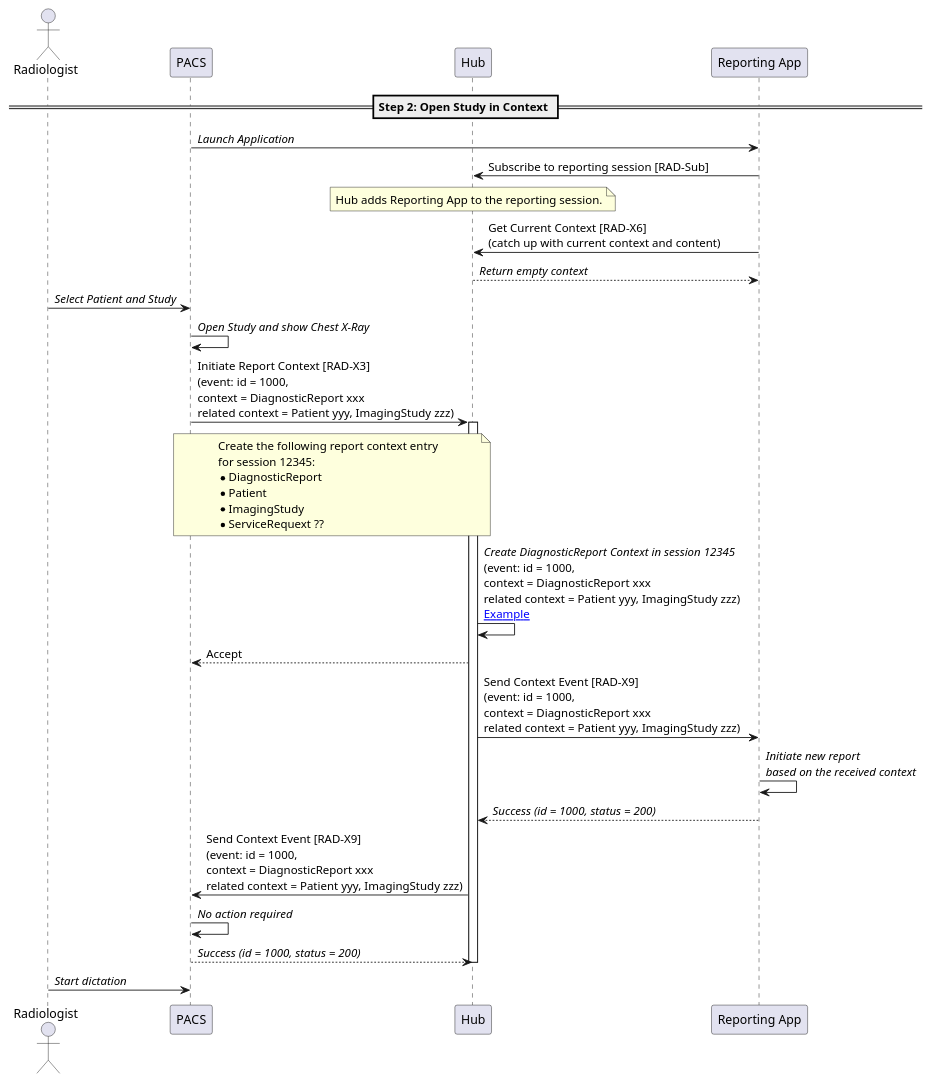
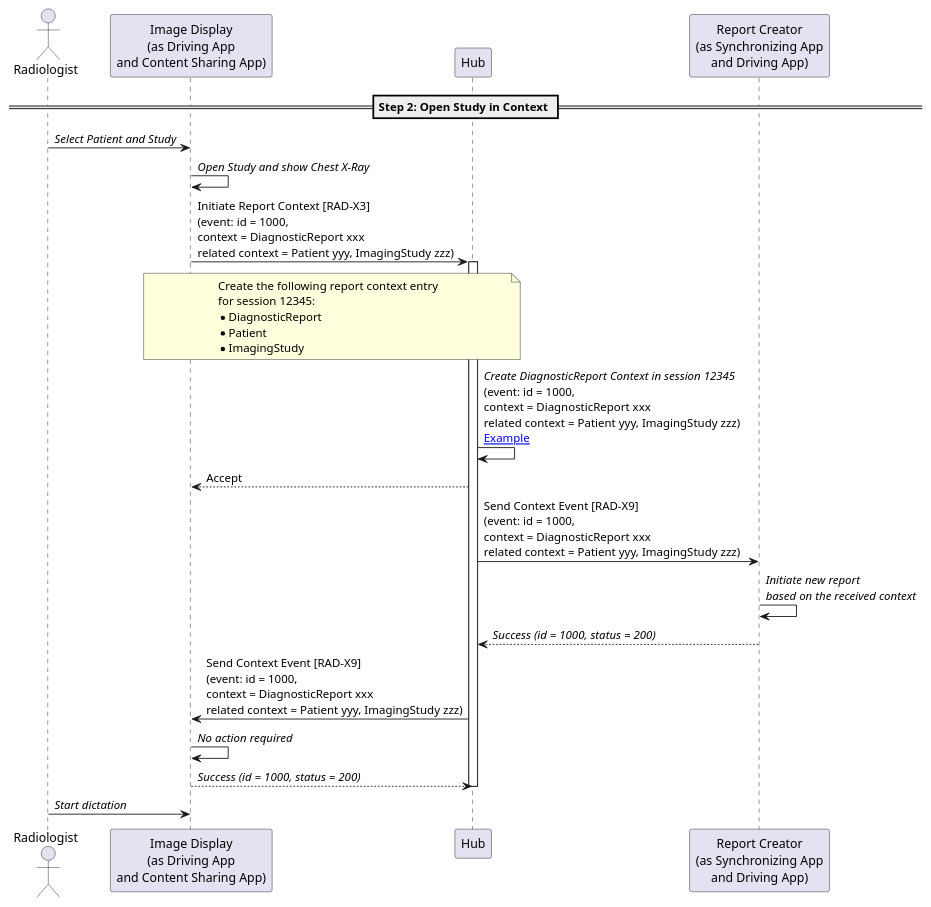
The diagram in input/images-source/step2-open-study-in-context.plantuml (IHE/RAD.IRA), drawn with PlantUML before and after one commit. The commit also changed 9 other files, not shown here.

Commit message:
Updated actor to be Image Display and Report Creator. Also indicates what type of application they are grouped to.

```diff
--- a/input/images-source/step2-open-study-in-context.plantuml
+++ b/input/images-source/step2-open-study-in-context.plantuml
@@ -1,48 +1,37 @@
 @startuml
 
 actor Radiologist as User
-participant "PACS" as PACS
+participant "Image Display\n(as Driving App\nand Content Sharing App)" as PACS
 participant "Hub" as Hub
-participant "Reporting App" as Report
+participant "Report Creator\n(as Synchronizing App\nand Driving App)" as Report
 
 == Step 2: Open Study in Context ==
-
-PACS->Report: //Launch Application//
-
-Report->Hub: Subscribe to reporting session [RAD-Sub]
-note over Hub
-Hub adds Reporting App to the reporting session.
-end note
-
-Report->Hub: Get Current Context [RAD-X6]\n(catch up with current context and content)
-Hub-->Report: //Return empty context//
 
 User->PACS: //Select Patient and Study//
 PACS->PACS: //Open Study and show Chest X-Ray//
 
 PACS->Hub: Initiate Report Context [RAD-X3]\n(event: id = 1000,\ncontext = DiagnosticReport xxx\nrelated context = Patient yyy, ImagingStudy zzz)
 activate Hub
 note over PACS, Hub
 Create the following report context entry
 for session 12345:
 * DiagnosticReport
 * Patient
 * ImagingStudy
-* ServiceRequext ??
 end note
 
 Hub->Hub: //Create DiagnosticReport Context in session 12345//\n(event: id = 1000,\ncontext = DiagnosticReport xxx\nrelated context = Patient yyy, ImagingStudy zzz)\n[[open_study_for_reporting.html#available-context-and-content-in-hub Example]]
 Hub-->PACS: Accept
 
 Hub->Report: Send Context Event [RAD-X9]\n(event: id = 1000,\ncontext = DiagnosticReport xxx\nrelated context = Patient yyy, ImagingStudy zzz)
 Report->Report: //Initiate new report//\n//based on the received context//
 Report-->Hub: //Success (id = 1000, status = 200)//
 
 Hub->PACS: Send Context Event [RAD-X9]\n(event: id = 1000,\ncontext = DiagnosticReport xxx\nrelated context = Patient yyy, ImagingStudy zzz)
 PACS->PACS: //No action required//
 PACS-->Hub: //Success (id = 1000, status = 200)//
 deactivate Hub
 
 User->PACS: //Start dictation//
 
 @enduml
```
